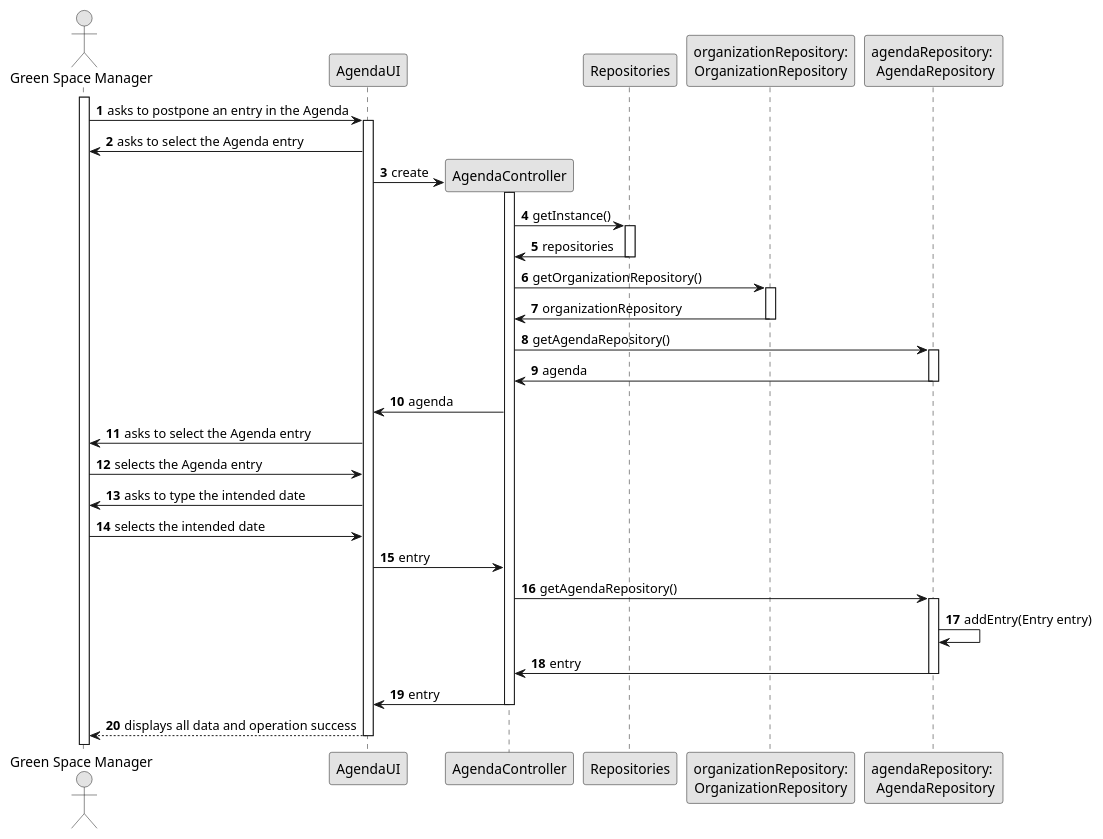
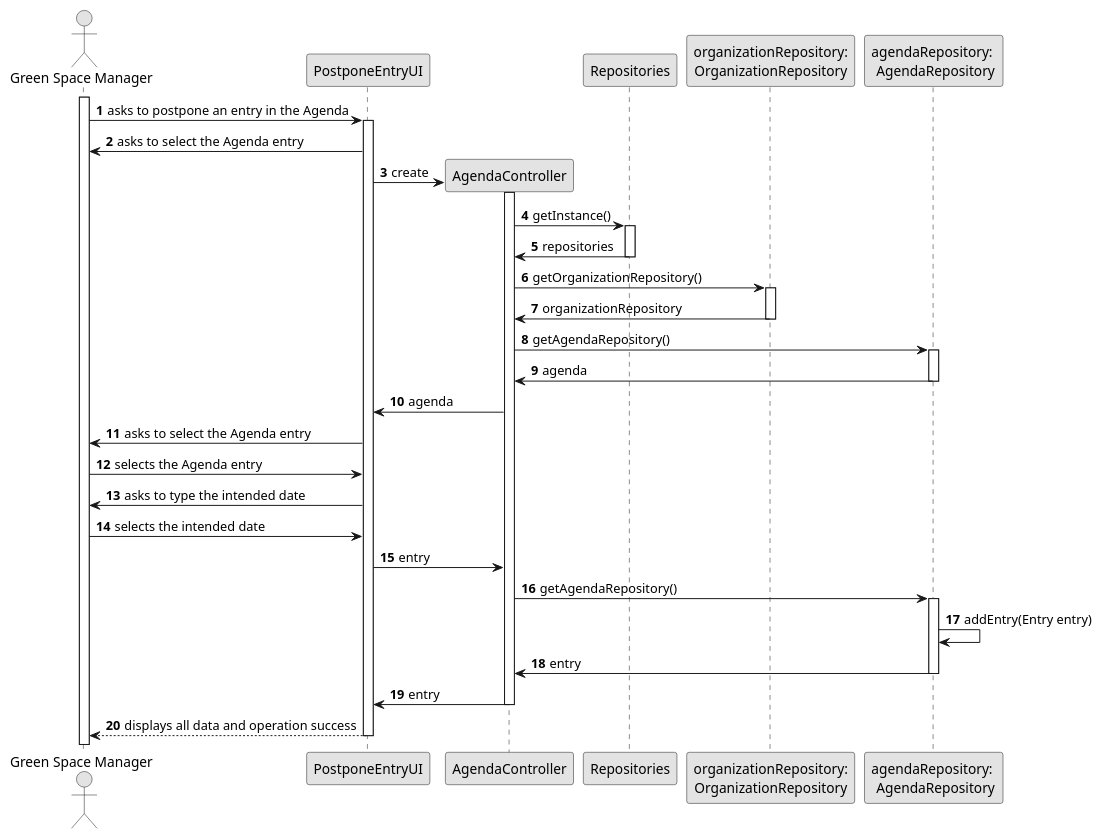
The diagram in docs/SprintC/us025/03.design/puml/us025-sequence-diagram-full.puml (Departamento-de-Engenharia-Informatica/lei-24-s2-1df-1de-g063), drawn with PlantUML before and after one commit. The commit also changed 53 other files, not shown here.

```diff
--- a/docs/SprintC/us025/03.design/puml/us025-sequence-diagram-full.puml
+++ b/docs/SprintC/us025/03.design/puml/us025-sequence-diagram-full.puml
@@ -1,72 +1,72 @@
 @startuml
 skinparam monochrome true
 skinparam packageStyle rectangle
 skinparam shadowing false
 
 autonumber
 
 'hide footbox
 actor "Green Space Manager" as GSM
-participant "AgendaUI" as UI
+participant "PostponeEntryUI" as UI
 participant "AgendaController" as CTRL
 participant "Repositories" as Rep
 participant "organizationRepository:\nOrganizationRepository" as organizationRepository
 participant "agendaRepository: \n AgendaRepository" as Agenda
 
 activate GSM
 
      GSM -> UI : asks to postpone an entry in the Agenda
 
      activate UI
 
             UI -> GSM : asks to select the Agenda entry
             UI -> CTRL** : create
 
      activate CTRL
             CTRL -> Rep : getInstance()
      activate Rep
 
                       Rep -> CTRL : repositories
 
                deactivate Rep
 
                       CTRL -> organizationRepository : getOrganizationRepository()
 
                activate organizationRepository
 
                       organizationRepository -> CTRL : organizationRepository
 
                deactivate organizationRepository
 
                       CTRL -> Agenda : getAgendaRepository()
 
                activate Agenda
 
                       Agenda -> CTRL : agenda
 
                deactivate Agenda
 
                       CTRL -> UI : agenda
                       UI -> GSM : asks to select the Agenda entry
                       GSM -> UI : selects the Agenda entry
                       UI -> GSM : asks to type the intended date
                       GSM -> UI : selects the intended date
                       UI -> CTRL : entry
                       CTRL -> Agenda : getAgendaRepository()
                activate Agenda
 
                       Agenda -> Agenda: addEntry(Entry entry)
 
                  Agenda -> CTRL : entry
 
           deactivate Agenda
 
                  CTRL -> UI : entry
 
           deactivate CTRL
 
           UI --> GSM : displays all data and operation success
 
           deactivate UI
 
 @enduml
```
